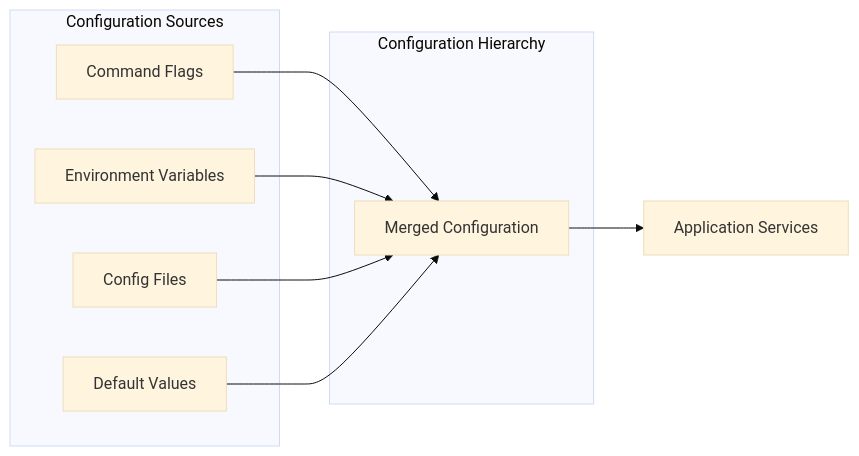
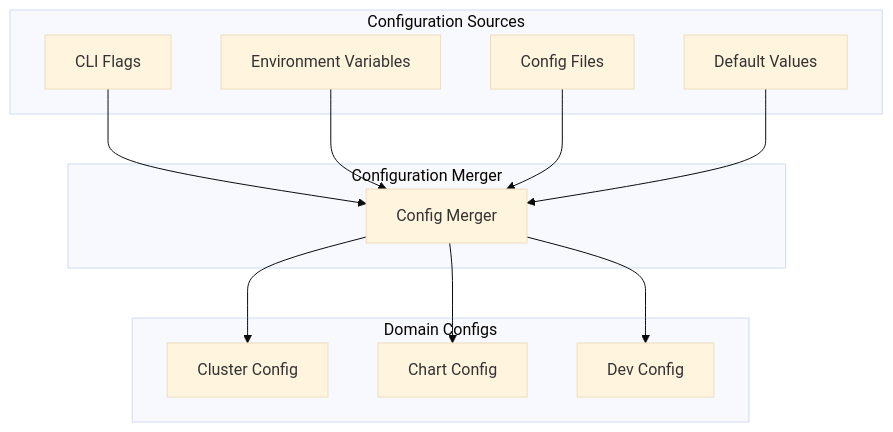
Before and after one commit to flamingo-stack/openframe-cli: the seventh of 8 diagrams in docs/development/architecture/overview.md, drawn with Mermaid (base theme). The commit also changed other lines of this file and 51 other files, not shown here.

````diff
--- a/docs/development/architecture/overview.md
+++ b/docs/development/architecture/overview.md
@@ -384,20 +512,28 @@
 ```mermaid
-graph LR
+graph TB
     subgraph "Configuration Sources"
-        Flags[Command Flags]
-        Env[Environment Variables]
-        Files[Config Files]
-        Defaults[Default Values]
+        CLI[CLI Flags] 
+        ENV[Environment Variables]
+        FILE[Config Files]
+        DEFAULT[Default Values]
     end
     
-    subgraph "Configuration Hierarchy"
-        Merged[Merged Configuration]
+    subgraph "Configuration Merger"
+        MERGER[Config Merger]
     end
     
-    Flags --> Merged
-    Env --> Merged
-    Files --> Merged
-    Defaults --> Merged
+    subgraph "Domain Configs"
+        CLUSTER_CONFIG[Cluster Config]
+        CHART_CONFIG[Chart Config]
+        DEV_CONFIG[Dev Config]
+    end
     
-    Merged --> Services[Application Services]
+    CLI --> MERGER
+    ENV --> MERGER
+    FILE --> MERGER
+    DEFAULT --> MERGER
+    
+    MERGER --> CLUSTER_CONFIG
+    MERGER --> CHART_CONFIG
+    MERGER --> DEV_CONFIG
 ```
````
